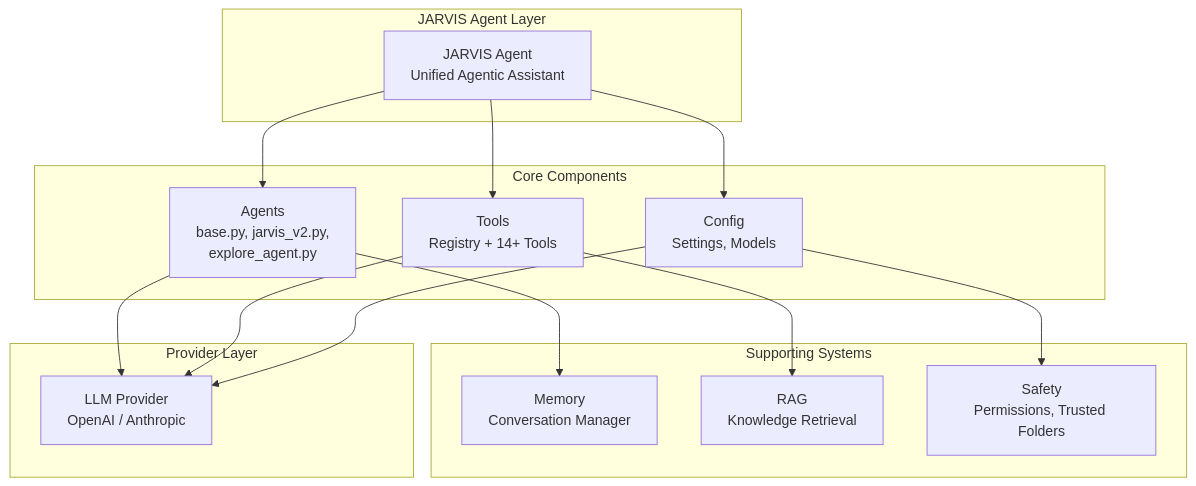
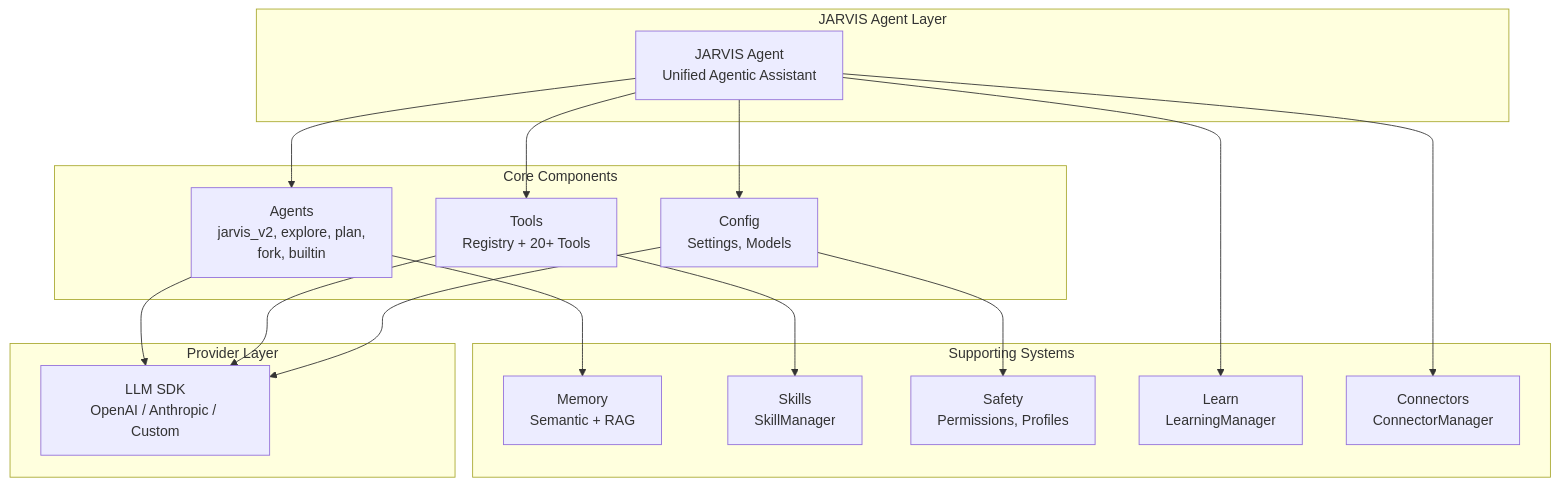
Before and after one commit to AnonymousCoderArtist/JARVIS-2.0: the diagram in README.md, drawn with Mermaid. The commit also changed other lines of this file and 2 other files, not shown here.

````diff
--- a/README.md
+++ b/README.md
@@ -58,32 +64,36 @@
 ```mermaid
 graph TB
     subgraph "JARVIS Agent Layer"
         A[JARVIS Agent<br/>Unified Agentic Assistant]
     end
 
     subgraph "Core Components"
-        B[Agents<br/>base.py, jarvis_v2.py,<br/>explore_agent.py]
-        C[Tools<br/>Registry + 14+ Tools]
+        B[Agents<br/>jarvis_v2, explore, plan,<br/>fork, builtin]
+        C[Tools<br/>Registry + 20+ Tools]
         D[Config<br/>Settings, Models]
     end
 
     subgraph "Supporting Systems"
-        E[Memory<br/>Conversation Manager]
-        F[RAG<br/>Knowledge Retrieval]
-        G[Safety<br/>Permissions, Trusted Folders]
+        E[Memory<br/>Semantic + RAG]
+        F[Skills<br/>SkillManager]
+        G[Safety<br/>Permissions, Profiles]
+        H[Learn<br/>LearningManager]
+        I[Connectors<br/>ConnectorManager]
     end
 
     subgraph "Provider Layer"
-        H[LLM Provider<br/>OpenAI / Anthropic]
+        J[LLM SDK<br/>OpenAI / Anthropic / Custom]
     end
 
     A --> B
     A --> C
     A --> D
     B --> E
     C --> F
     D --> G
-    B --> H
-    C --> H
-    D --> H
+    B --> J
+    C --> J
+    D --> J
+    A --> H
+    A --> I
 ```
````
